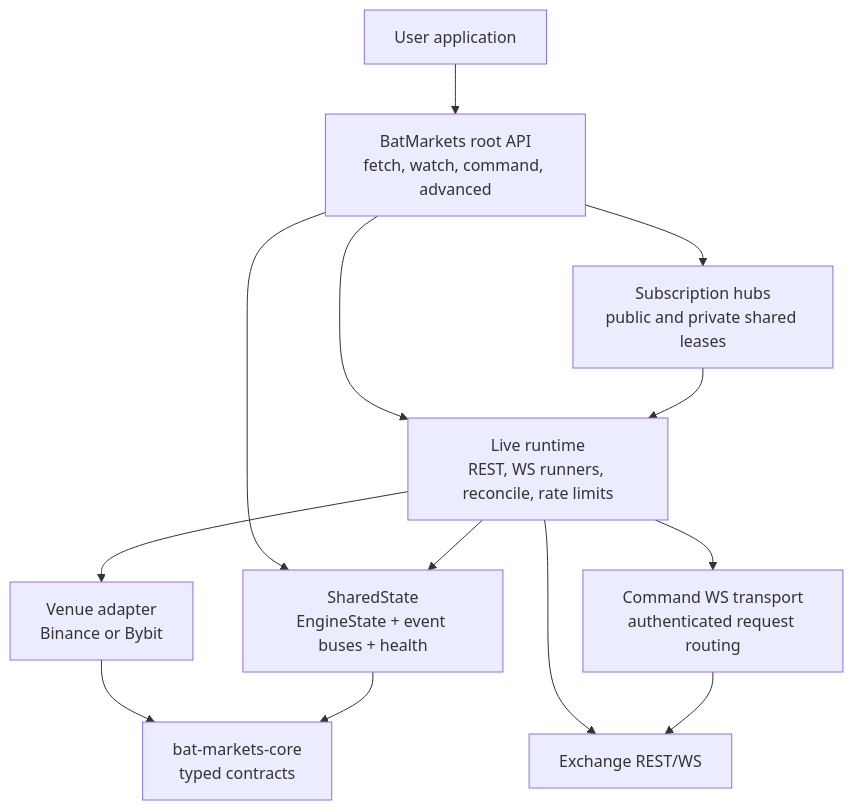
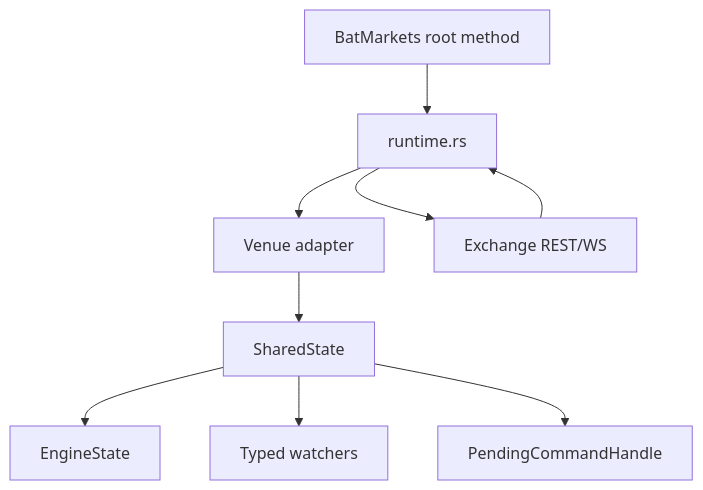
Before and after one commit to bat-markets/bat-markets: the second of 5 diagrams in docs/architecture.md, drawn with Mermaid. The commit also changed other lines of this file and 16 other files, not shown here.

Commit message:
Simplify public API documentation

````diff
--- a/docs/architecture.md
+++ b/docs/architecture.md
@@ -340,25 +153,20 @@
 ```mermaid
 flowchart TB
-    User["User application"]
-    Root["BatMarkets root API<br/>fetch, watch, command, advanced"]
-    Runtime["Live runtime<br/>REST, WS runners, reconcile, rate limits"]
-    Hubs["Subscription hubs<br/>public and private shared leases"]
-    Transport["Command WS transport<br/>authenticated request routing"]
-    Shared["SharedState<br/>EngineState + event buses + health"]
-    Core["bat-markets-core<br/>typed contracts"]
-    Adapter["Venue adapter<br/>Binance or Bybit"]
+    Root["BatMarkets root method"]
+    Runtime["runtime.rs"]
+    Adapter["Venue adapter"]
     Exchange["Exchange REST/WS"]
+    Shared["SharedState"]
+    State["EngineState"]
+    Watches["Typed watchers"]
+    Commands["PendingCommandHandle"]
 
-    User --> Root
     Root --> Runtime
-    Root --> Hubs
-    Root --> Shared
+    Runtime --> Exchange
+    Exchange --> Runtime
     Runtime --> Adapter
-    Runtime --> Transport
-    Runtime --> Exchange
-    Hubs --> Runtime
-    Transport --> Exchange
-    Adapter --> Core
-    Runtime --> Shared
-    Shared --> Core
+    Adapter --> Shared
+    Shared --> State
+    Shared --> Watches
+    Shared --> Commands
 ```
````
